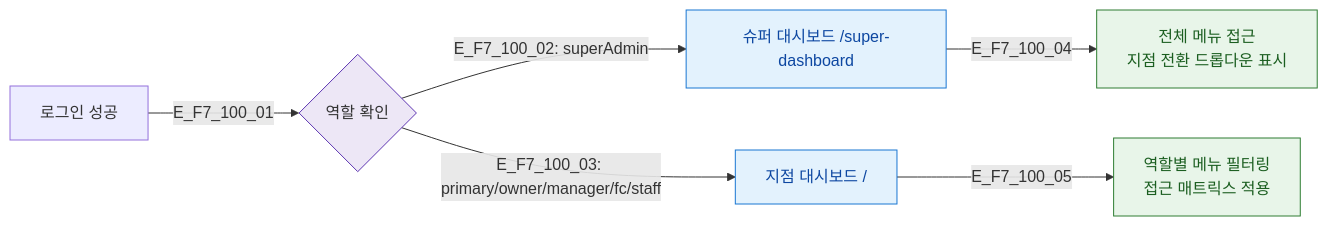
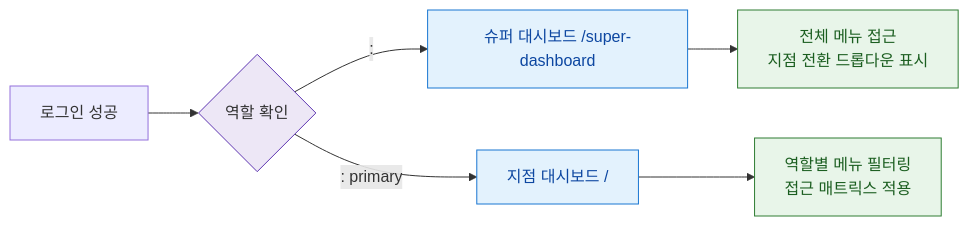
One commit to dev-spogym/admin-pando changed the diagram in docs/다이어그램/D01_공통/SCR-100_로그인/F7_권한.md. Above: the diagram before and after it, drawn with Mermaid. The commit also changed other lines of this file and 1660 other files, not shown here.

First line of the commit message:
다이어그램: 기획자/클라이언트 납품본으로 정리

````diff
--- a/docs/다이어그램/D01_공통/SCR-100_로그인/F7_권한.md
+++ b/docs/다이어그램/D01_공통/SCR-100_로그인/F7_권한.md
@@ -16,17 +14,17 @@
 ```mermaid
 flowchart LR
-    LOGIN_OK[로그인 성공] -->|E_F7_100_01| ROLE{역할 확인}
+    LOGIN_OK[로그인 성공] --> ROLE{역할 확인}
 
-    ROLE -->|"E_F7_100_02: superAdmin"| SA_DASH[슈퍼 대시보드 /super-dashboard]
-    ROLE -->|"E_F7_100_03: primary/owner/manager/fc/staff"| BRANCH_DASH[지점 대시보드 /]
+    ROLE -->|": "|SA_DASH[슈퍼 대시보드 /super-dashboard]
+    ROLE -->|": primary"|BRANCH_DASH[지점 대시보드 /]
 
-    SA_DASH -->|E_F7_100_04| SA_MENU[전체 메뉴 접근\n지점 전환 드롭다운 표시]
-    BRANCH_DASH -->|E_F7_100_05| BRANCH_MENU[역할별 메뉴 필터링\n접근 매트릭스 적용]
+    SA_DASH --> SA_MENU[전체 메뉴 접근\n지점 전환 드롭다운 표시]
+    BRANCH_DASH --> BRANCH_MENU[역할별 메뉴 필터링\n접근 매트릭스 적용]
 
-    classDef screen       fill:#E3F2FD,stroke:#1976D2,color:#0D47A1
-    classDef system       fill:#EDE7F6,stroke:#5E35B2
-    classDef success      fill:#E8F5E9,stroke:#2E7D32,color:#1B5E20
+    classDef screen fill:#E3F2FD,stroke:#1976D2,color:#0D47A1
+    classDef system fill:#EDE7F6,stroke:#5E35B2
+    classDef success fill:#E8F5E9,stroke:#2E7D32,color:#1B5E20
     class SA_DASH,BRANCH_DASH screen
     class ROLE system
     class SA_MENU,BRANCH_MENU success
 ```
````
